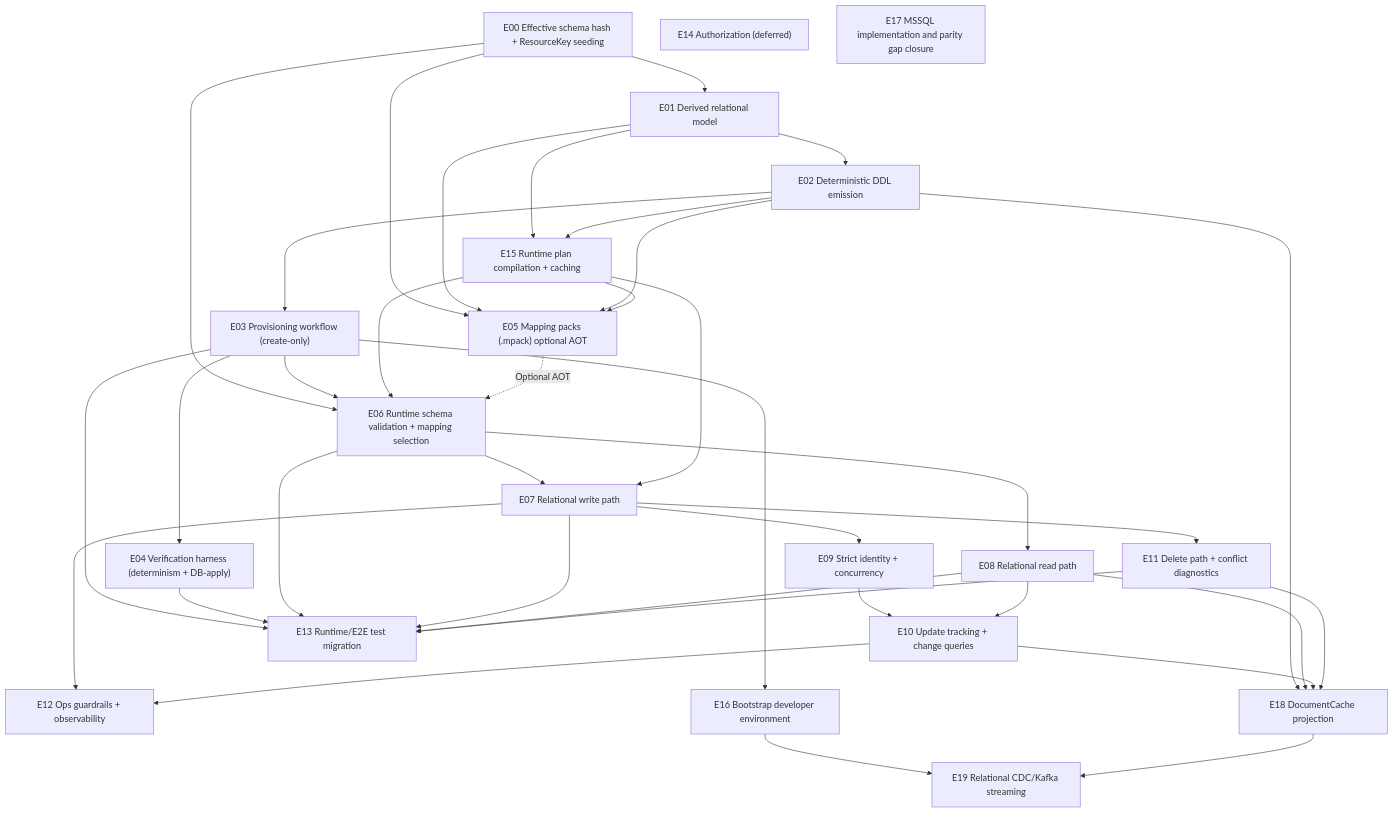
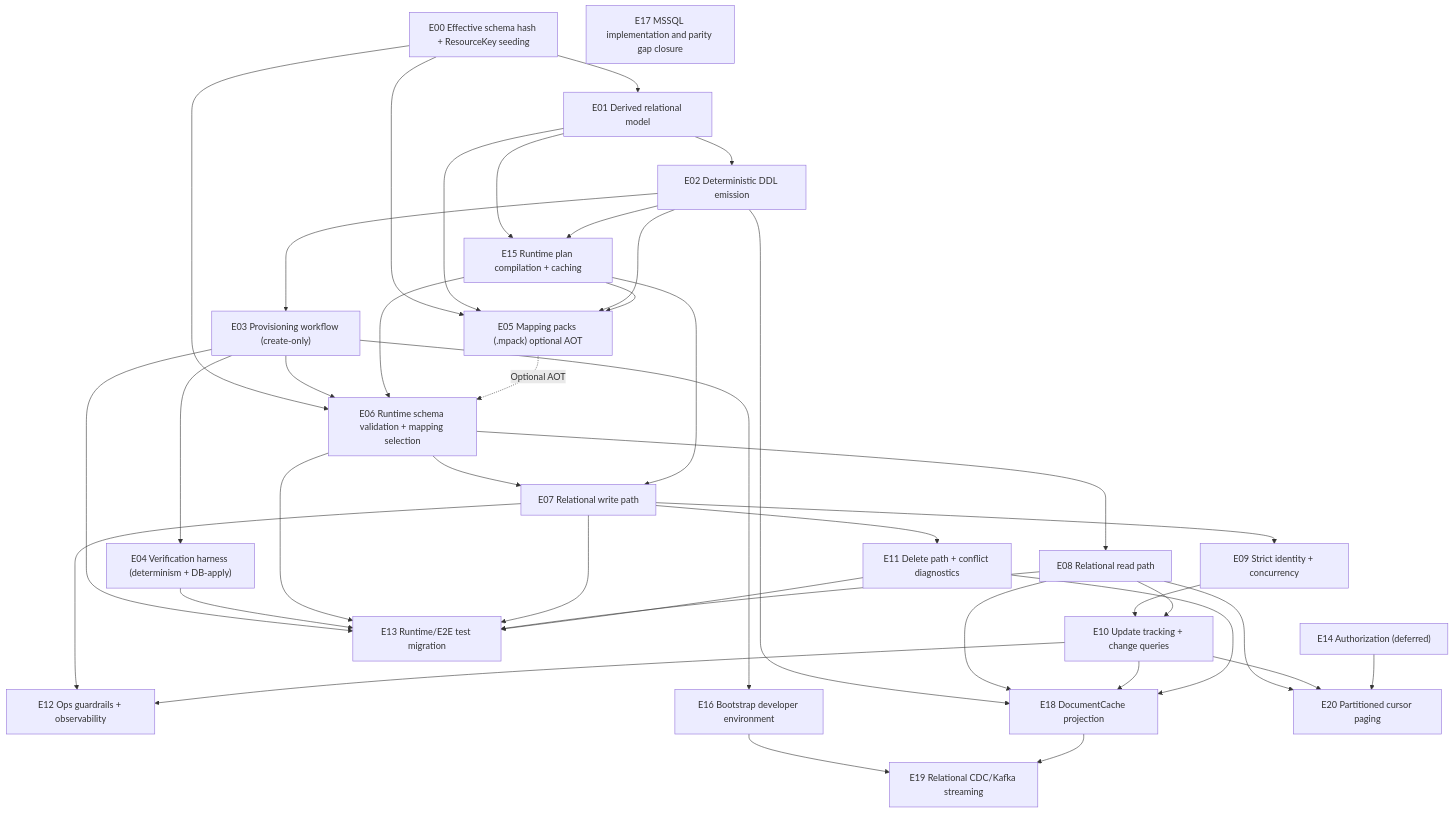
One commit to Ed-Fi-Alliance-OSS/Data-Management-Service changed the diagram in reference/design/backend-redesign/epics/DEPENDENCIES.md. Above: the diagram before and after it, drawn with Mermaid. The commit also changed other lines of this file and 2 other files, not shown here.

Commit message:
[DMS-1349] Design partitioned cursor paging

````diff
--- a/reference/design/backend-redesign/epics/DEPENDENCIES.md
+++ b/reference/design/backend-redesign/epics/DEPENDENCIES.md
@@ -26,65 +26,70 @@
 ```mermaid
 graph TD
   E00["E00 Effective schema hash + ResourceKey seeding"]
   E01["E01 Derived relational model"]
   E02["E02 Deterministic DDL emission"]
   E03["E03 Provisioning workflow (create-only)"]
   E04["E04 Verification harness (determinism + DB-apply)"]
   E05["E05 Mapping packs (.mpack) optional AOT"]
   E06["E06 Runtime schema validation + mapping selection"]
   E07["E07 Relational write path"]
   E08["E08 Relational read path"]
   E09["E09 Strict identity + concurrency"]
   E10["E10 Update tracking + change queries"]
   E11["E11 Delete path + conflict diagnostics"]
   E12["E12 Ops guardrails + observability"]
   E13["E13 Runtime/E2E test migration"]
   E14["E14 Authorization (deferred)"]
   E15["E15 Runtime plan compilation + caching"]
   E16["E16 Bootstrap developer environment"]
   E17["E17 MSSQL implementation and parity gap closure"]
   E18["E18 DocumentCache projection"]
   E19["E19 Relational CDC/Kafka streaming"]
+  E20["E20 Partitioned cursor paging"]
 
   E00 --> E01 --> E02 --> E03 --> E04
 
   E01 --> E15
   E02 --> E15
 
   E00 --> E05
   E01 --> E05
   E02 --> E05
   E15 --> E05
 
   E00 --> E06
   E03 --> E06
   E15 --> E06
   E05 -. Optional AOT .-> E06
 
   E06 --> E07 --> E09 --> E10
   E15 --> E07
   E06 --> E08 --> E10
   E07 --> E11
   E07 --> E12
   E10 --> E12
 
   E03 --> E13
   E04 --> E13
   E06 --> E13
   E07 --> E13
   E08 --> E13
   E11 --> E13
 
   E03 --> E16
 
   E02 --> E18
   E08 --> E18
   E10 --> E18
   E11 --> E18
 
   E16 --> E19
   E18 --> E19
 
+  E08 --> E20
+  E10 --> E20
+  E14 --> E20
+
   E14
   E17
 ```
````
